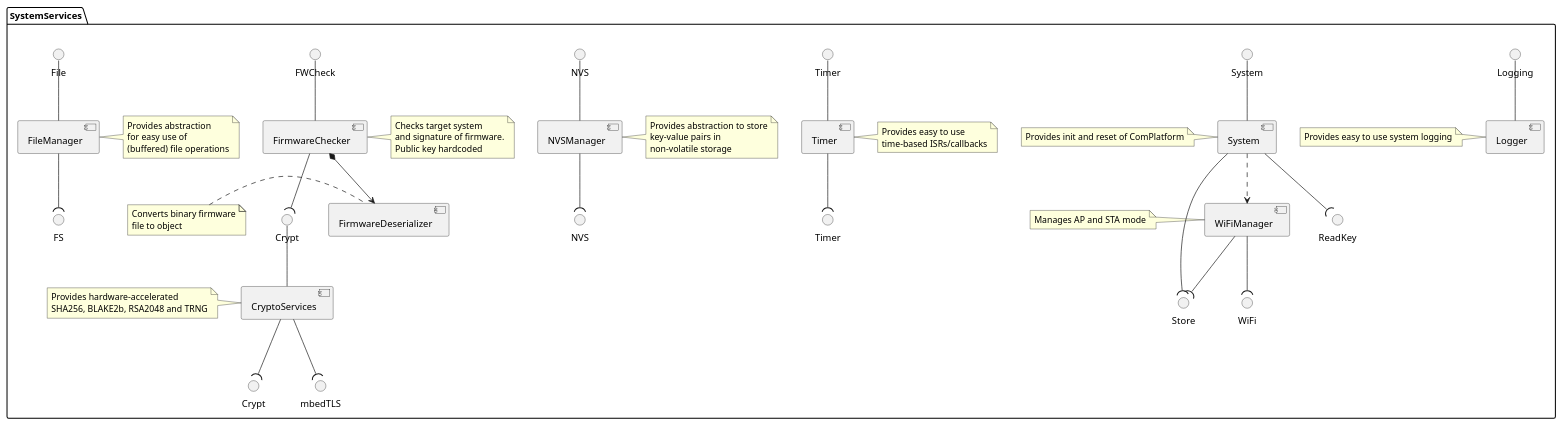
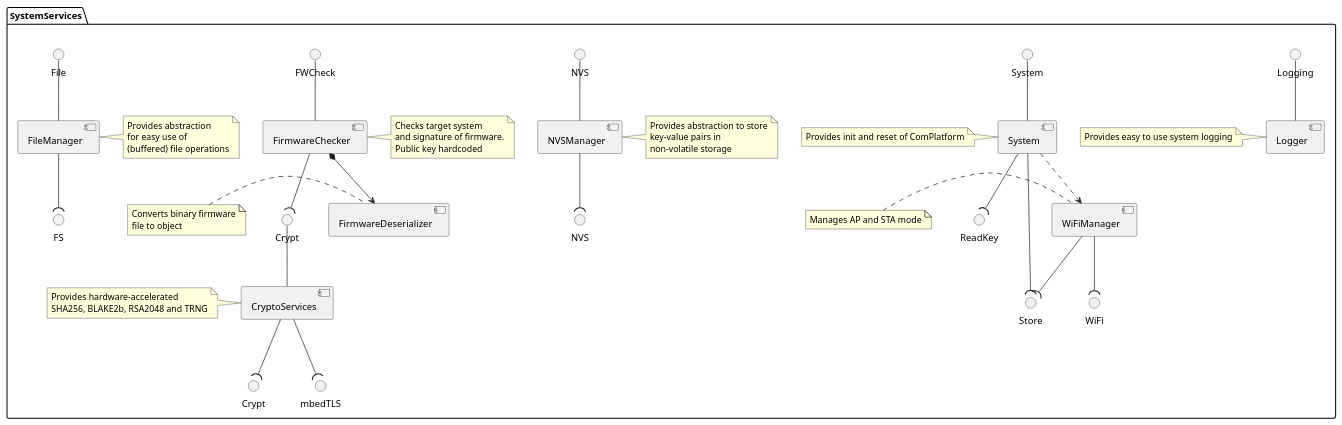
Before and after one commit to NewTec-GmbH/ZumoComSystem: the diagram in doc/architecture/server/05_SystemServices.plantuml, drawn with PlantUML. The commit also changed 14 other files, not shown here.

```diff
--- a/doc/architecture/server/05_SystemServices.plantuml
+++ b/doc/architecture/server/05_SystemServices.plantuml
@@ -1,62 +1,56 @@
 @startuml
 package SystemServices {
     interface "Crypt" as crypthal
     interface "mbedTLS" as mbedtlshal
     interface "NVS" as nvshal
     interface "FS" as fshal
     interface "ReadKey" as readkey
     interface "WiFi" as wifihal
     interface "Store" as store
-    interface "Timer" as timerhal
     interface "System" as systemhal
 
     interface "FWCheck" as FWCheck
     interface "File" as File
     interface "Crypt" as Crypt
     interface "NVS" as nvs
-    interface "Timer" as Timer
     interface "Logging" as Logging
 
     component "System" as initcom
     component "FirmwareChecker" as firmwarecheck
     component "FirmwareDeserializer" as fwdeserializer
     component "CryptoServices" as cryptoservices
     component "FileManager" as filemanager
     component "NVSManager" as nvsmanager
-    component "Timer" as timer
     component "WiFiManager" as wifilayerhal
     component "Logger" as logger
 
     note left of cryptoservices : Provides hardware-accelerated\nSHA256, BLAKE2b, RSA2048 and TRNG
     note left of fwdeserializer : Converts binary firmware\nfile to object
     note right of firmwarecheck : Checks target system\nand signature of firmware.\nPublic key hardcoded
     note right of filemanager : Provides abstraction\nfor easy use of\n(buffered) file operations
     note right of nvsmanager : Provides abstraction to store\nkey-value pairs in\nnon-volatile storage
     note left of initcom : Provides init and reset of ComPlatform
-    note right of timer: Provides easy to use\ntime-based ISRs/callbacks
     note left of wifilayerhal: Manages AP and STA mode
     note left of logger: Provides easy to use system logging
 
     filemanager -up- File
     firmwarecheck -up- FWCheck
     cryptoservices -up- Crypt
     nvsmanager -up- nvs
-    timer -up-Timer
     initcom -up- systemhal
     logger -up- Logging
 
     initcom ..> wifilayerhal
     firmwarecheck *--> fwdeserializer
 
     firmwarecheck -down-(Crypt
     nvsmanager -down-(nvshal
     filemanager -down-(fshal
     initcom -down-(readkey
     initcom -down-(store
     wifilayerhal -down-(wifihal
     wifilayerhal -down-(store
     cryptoservices -down-(crypthal
     cryptoservices -down-(mbedtlshal
-    timer -down-(timerhal   
 }
 @enduml
```
